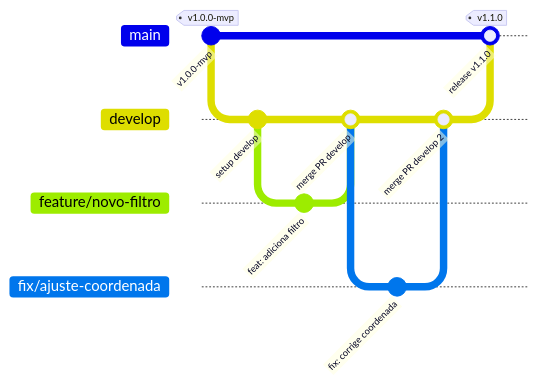
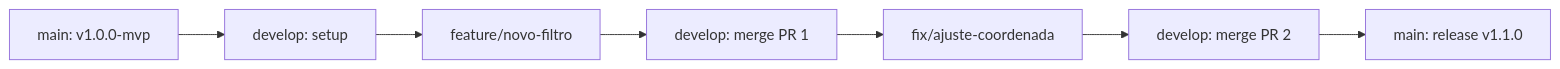
Before and after one commit to MarcTony0/busc-arpe: the diagram in docs/03-arquitetura/padrao-de-versionamento.md, drawn with Mermaid. The commit also changed 7 other files, not shown here.

````diff
--- a/docs/03-arquitetura/padrao-de-versionamento.md
+++ b/docs/03-arquitetura/padrao-de-versionamento.md
@@ -11,19 +11,9 @@
 ```mermaid
-gitGraph
-   commit id: "v1.0.0-mvp" tag: "v1.0.0-mvp"
-   branch develop
-   checkout develop
-   commit id: "setup develop"
-   branch feature/novo-filtro
-   checkout feature/novo-filtro
-   commit id: "feat: adiciona filtro"
-   checkout develop
-   merge feature/novo-filtro id: "merge PR develop"
-   branch fix/ajuste-coordenada
-   checkout fix/ajuste-coordenada
-   commit id: "fix: corrige coordenada"
-   checkout develop
-   merge fix/ajuste-coordenada id: "merge PR develop 2"
-   checkout main
-   merge develop id: "release v1.1.0" tag: "v1.1.0"
+flowchart LR
+    M1["main: v1.0.0-mvp"] --> D1["develop: setup"]
+    D1 --> F1["feature/novo-filtro"]
+    F1 --> D2["develop: merge PR 1"]
+    D2 --> FX1["fix/ajuste-coordenada"]
+    FX1 --> D3["develop: merge PR 2"]
+    D3 --> M2["main: release v1.1.0"]
 ```
````
